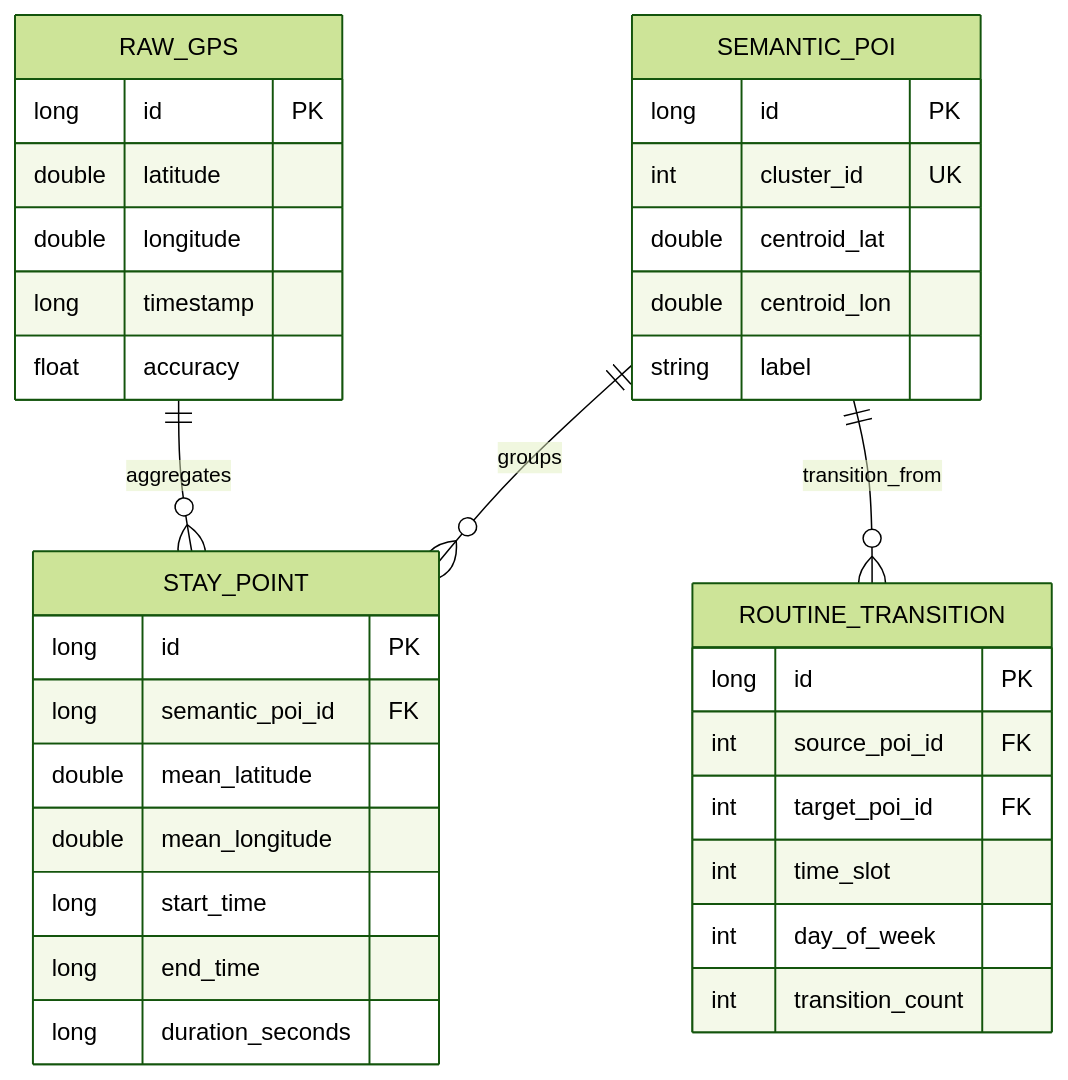
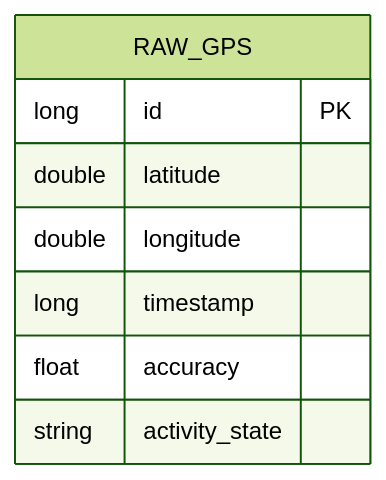
Before and after one commit to Reyatsu99/HabitMiner: the third of 3 diagrams in docs/ARCHITECTURE.md, drawn with Mermaid (forest theme). The commit also changed other lines of this file and 3 other files, not shown here.

Commit message:
Update project scope to Hybrid Architecture separating Android logger and Python engine

````diff
--- a/docs/ARCHITECTURE.md
+++ b/docs/ARCHITECTURE.md
@@ -97,38 +74,11 @@
 ```mermaid
 erDiagram
     RAW_GPS {
         long id PK
         double latitude
         double longitude
         long timestamp
         float accuracy
+        string activity_state
     }
-    SEMANTIC_POI {
-        long id PK
-        int cluster_id UK
-        double centroid_lat
-        double centroid_lon
-        string label
-    }
-    STAY_POINT {
-        long id PK
-        long semantic_poi_id FK
-        double mean_latitude
-        double mean_longitude
-        long start_time
-        long end_time
-        long duration_seconds
-    }
-    ROUTINE_TRANSITION {
-        long id PK
-        int source_poi_id FK
-        int target_poi_id FK
-        int time_slot
-        int day_of_week
-        int transition_count
-    }
-
-    RAW_GPS ||--o{ STAY_POINT : aggregates
-    SEMANTIC_POI ||--o{ STAY_POINT : groups
-    SEMANTIC_POI ||--o{ ROUTINE_TRANSITION : transition_from
 ```
````
